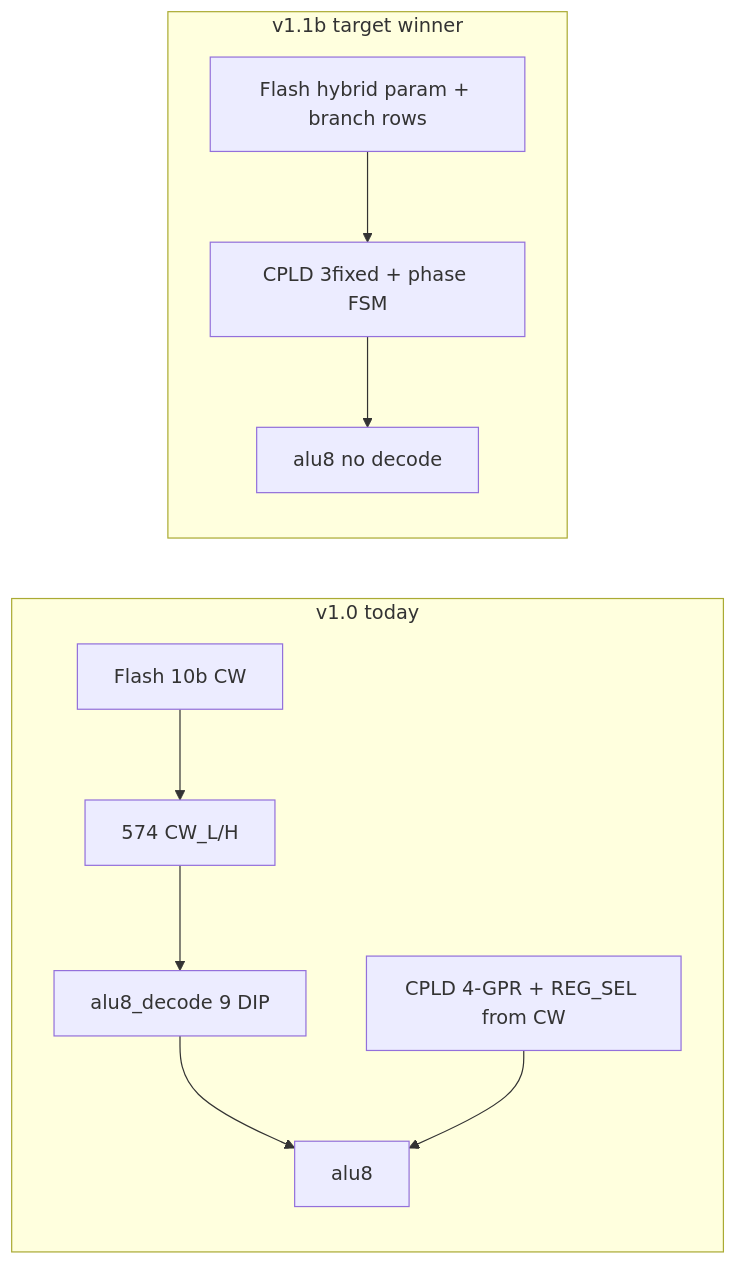
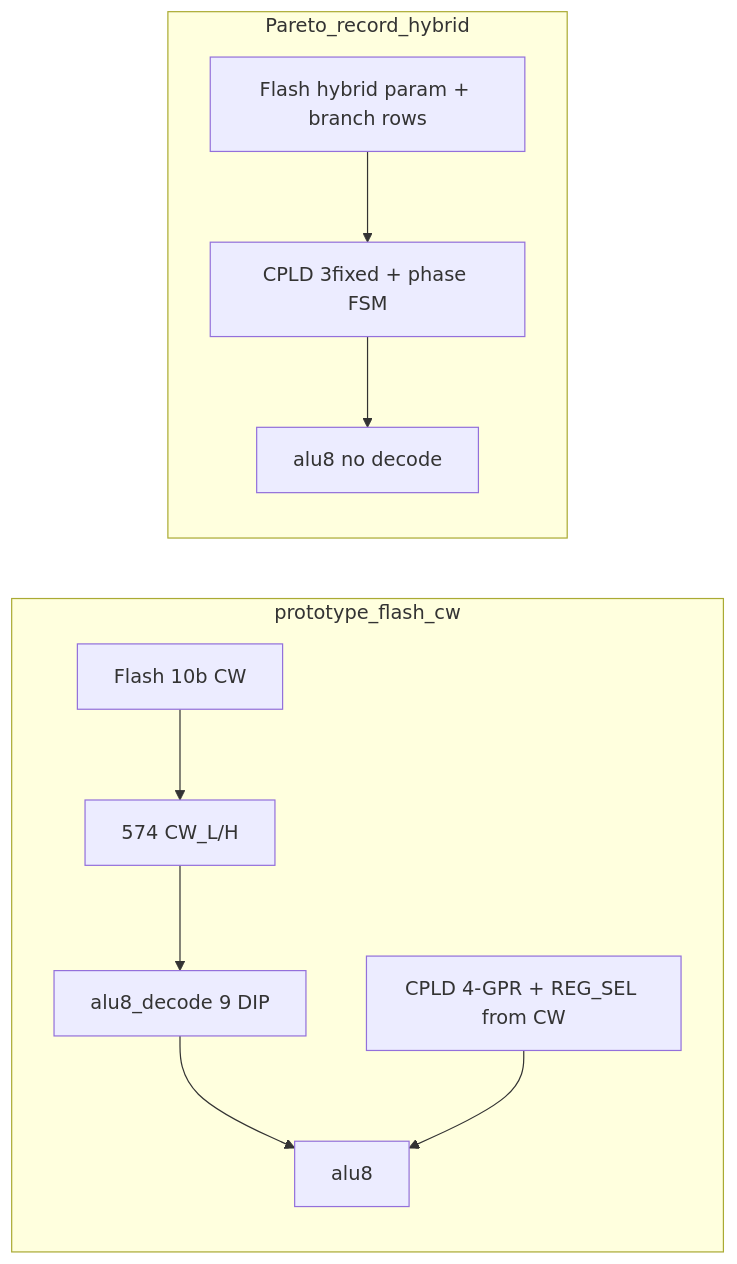
The second of 3 diagrams in docs/hardware/cpu-4axis-arch-search-report.md (Flkalas/plover), drawn with Mermaid before and after one commit. The commit also changed other lines of this file, not shown here.

````diff
--- a/docs/hardware/cpu-4axis-arch-search-report.md
+++ b/docs/hardware/cpu-4axis-arch-search-report.md
@@ -98,20 +100,20 @@
 ```mermaid
 flowchart LR
-  subgraph v10 [v1.0 today]
+  subgraph baseline [prototype_flash_cw]
     F10[Flash 10b CW]
     L10[574 CW_L/H]
     D10[alu8_decode 9 DIP]
     C10[CPLD 4-GPR + REG_SEL from CW]
     A10[alu8]
     F10 --> L10 --> D10 --> A10
     C10 --> A10
   end
 
-  subgraph v11b [v1.1b target winner]
+  subgraph pareto [Pareto_record_hybrid]
     F11[Flash hybrid param + branch rows]
     S11[CPLD 3fixed + phase FSM]
     A11[alu8 no decode]
     F11 --> S11
     S11 --> A11
   end
 ```
````
